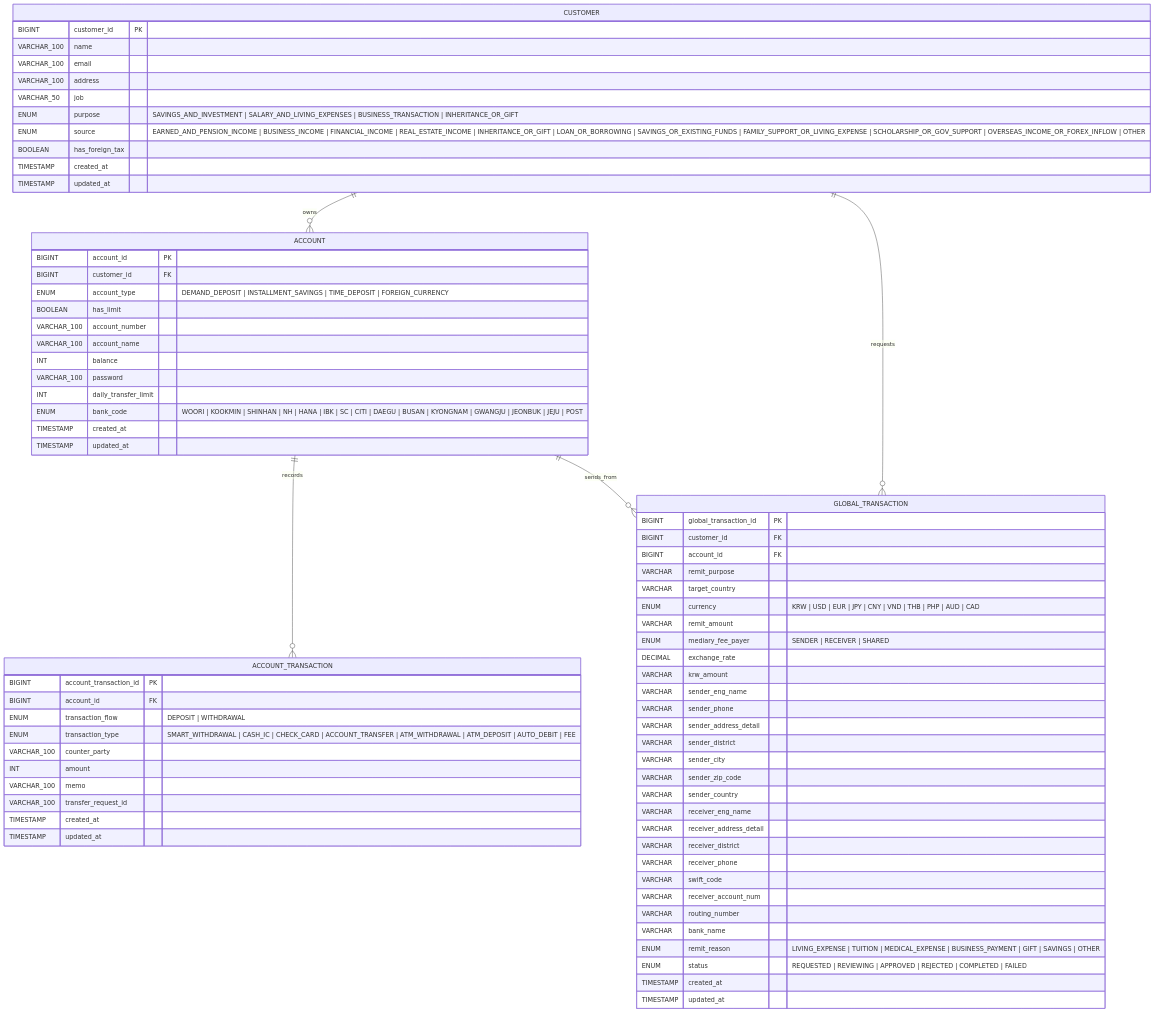
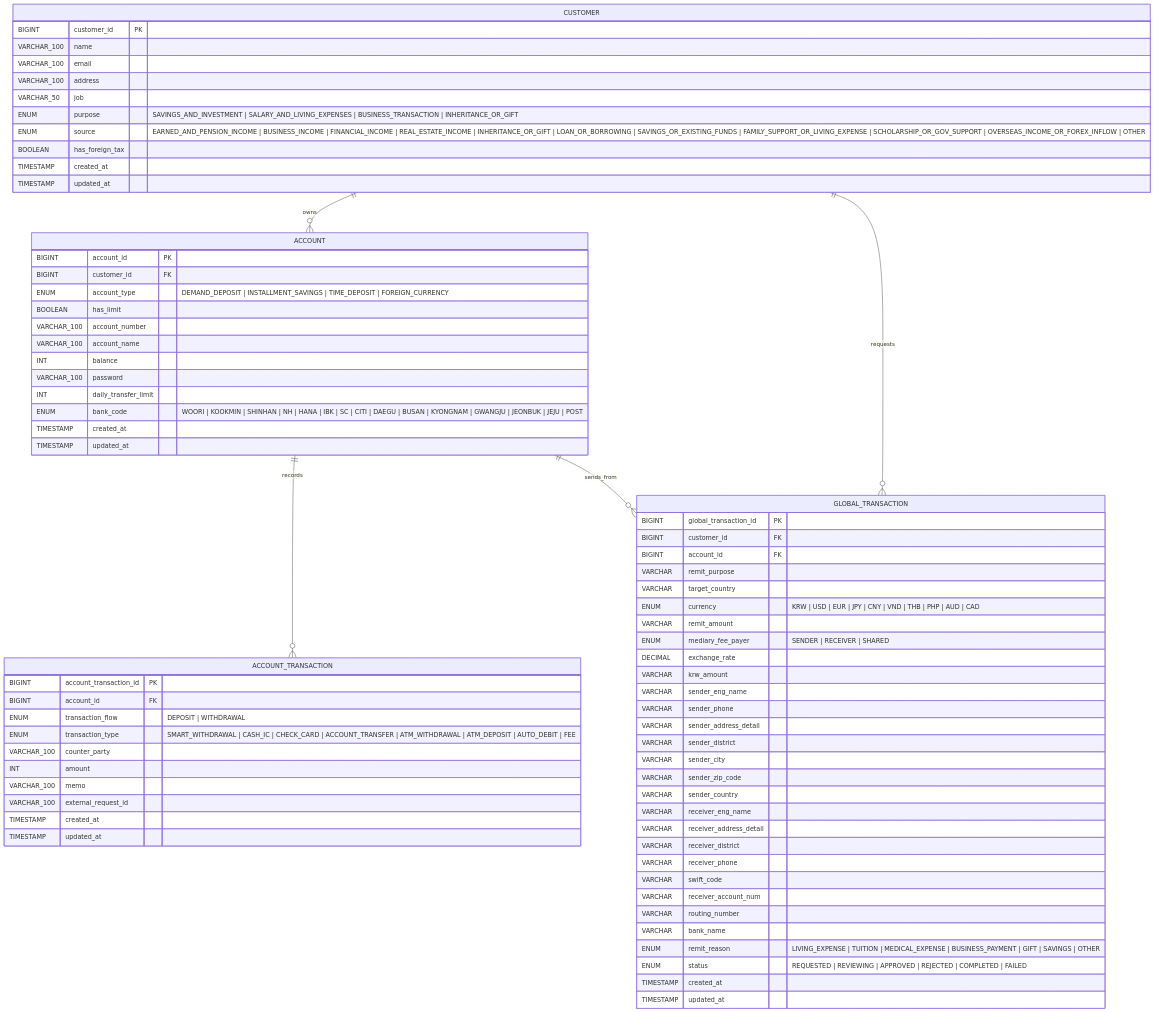
The diagram in coreBanking/docs/erd.md (jaepar/NOVA), drawn with Mermaid before and after one commit. The commit also changed 1 other file, not shown here.

Commit message:
docs: 이체 처리 결과 조회 API 문서 업데이트

````diff
--- a/coreBanking/docs/erd.md
+++ b/coreBanking/docs/erd.md
@@ -7,80 +7,80 @@
 ```mermaid
 erDiagram
   CUSTOMER {
     BIGINT customer_id PK
     VARCHAR_100 name
     VARCHAR_100 email
     VARCHAR_100 address
     VARCHAR_50 job
     ENUM purpose "SAVINGS_AND_INVESTMENT | SALARY_AND_LIVING_EXPENSES | BUSINESS_TRANSACTION | INHERITANCE_OR_GIFT"
     ENUM source "EARNED_AND_PENSION_INCOME | BUSINESS_INCOME | FINANCIAL_INCOME | REAL_ESTATE_INCOME | INHERITANCE_OR_GIFT | LOAN_OR_BORROWING | SAVINGS_OR_EXISTING_FUNDS | FAMILY_SUPPORT_OR_LIVING_EXPENSE | SCHOLARSHIP_OR_GOV_SUPPORT | OVERSEAS_INCOME_OR_FOREX_INFLOW | OTHER"
     BOOLEAN has_foreign_tax
     TIMESTAMP created_at
     TIMESTAMP updated_at
   }
 
   ACCOUNT {
     BIGINT account_id PK
     BIGINT customer_id FK
     ENUM account_type "DEMAND_DEPOSIT | INSTALLMENT_SAVINGS | TIME_DEPOSIT | FOREIGN_CURRENCY"
     BOOLEAN has_limit
     VARCHAR_100 account_number
     VARCHAR_100 account_name
     INT balance
     VARCHAR_100 password
     INT daily_transfer_limit
     ENUM bank_code "WOORI | KOOKMIN | SHINHAN | NH | HANA | IBK | SC | CITI | DAEGU | BUSAN | KYONGNAM | GWANGJU | JEONBUK | JEJU | POST"
     TIMESTAMP created_at
     TIMESTAMP updated_at
   }
 
   ACCOUNT_TRANSACTION {
     BIGINT account_transaction_id PK
     BIGINT account_id FK
     ENUM transaction_flow "DEPOSIT | WITHDRAWAL"
     ENUM transaction_type "SMART_WITHDRAWAL | CASH_IC | CHECK_CARD | ACCOUNT_TRANSFER | ATM_WITHDRAWAL | ATM_DEPOSIT | AUTO_DEBIT | FEE"
     VARCHAR_100 counter_party
     INT amount
     VARCHAR_100 memo
-    VARCHAR_100 transfer_request_id
+    VARCHAR_100 external_request_id
     TIMESTAMP created_at
     TIMESTAMP updated_at
   }
 
   GLOBAL_TRANSACTION {
     BIGINT global_transaction_id PK
     BIGINT customer_id FK
     BIGINT account_id FK
     VARCHAR remit_purpose
     VARCHAR target_country
     ENUM currency "KRW | USD | EUR | JPY | CNY | VND | THB | PHP | AUD | CAD"
     VARCHAR remit_amount
     ENUM mediary_fee_payer "SENDER | RECEIVER | SHARED"
     DECIMAL exchange_rate
     VARCHAR krw_amount
     VARCHAR sender_eng_name
     VARCHAR sender_phone
     VARCHAR sender_address_detail
     VARCHAR sender_district
     VARCHAR sender_city
     VARCHAR sender_zip_code
     VARCHAR sender_country
     VARCHAR receiver_eng_name
     VARCHAR receiver_address_detail
     VARCHAR receiver_district
     VARCHAR receiver_phone
     VARCHAR swift_code
     VARCHAR receiver_account_num
     VARCHAR routing_number
     VARCHAR bank_name
     ENUM remit_reason "LIVING_EXPENSE | TUITION | MEDICAL_EXPENSE | BUSINESS_PAYMENT | GIFT | SAVINGS | OTHER"
     ENUM status "REQUESTED | REVIEWING | APPROVED | REJECTED | COMPLETED | FAILED"
     TIMESTAMP created_at
     TIMESTAMP updated_at
   }
 
   CUSTOMER ||--o{ ACCOUNT : owns
   ACCOUNT ||--o{ ACCOUNT_TRANSACTION : records
   CUSTOMER ||--o{ GLOBAL_TRANSACTION : requests
   ACCOUNT ||--o{ GLOBAL_TRANSACTION : sends_from
 ```
````
